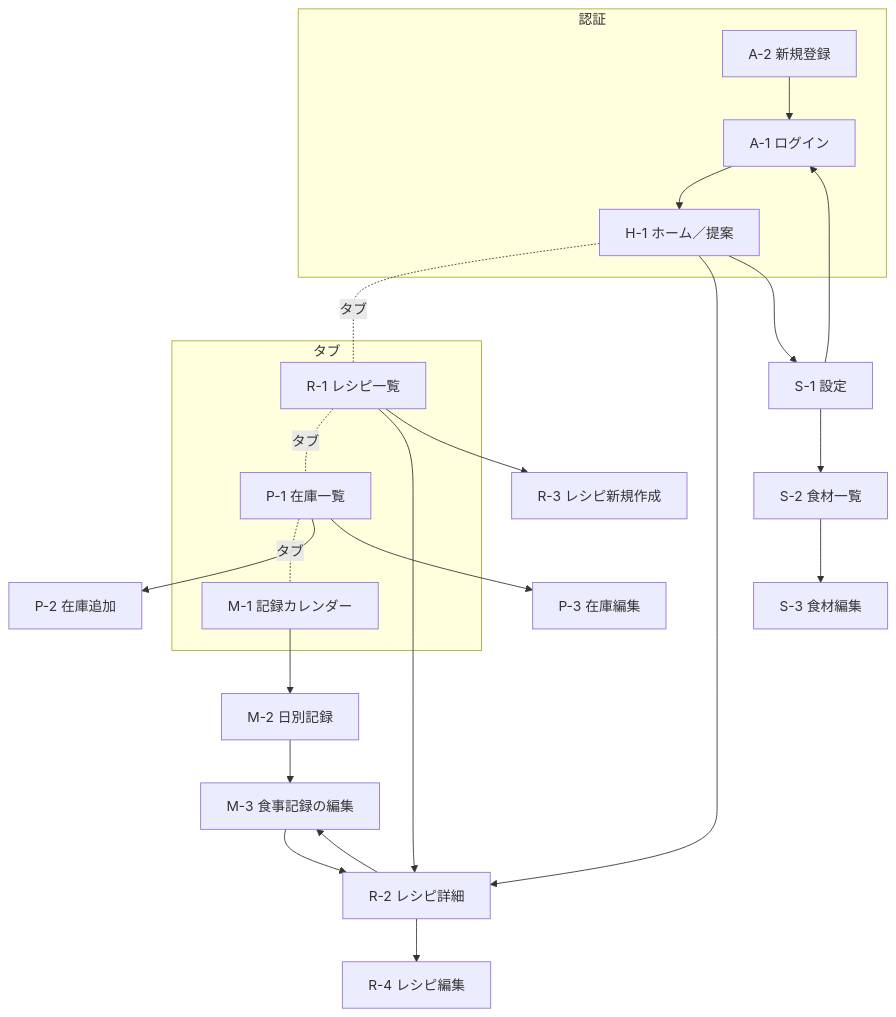
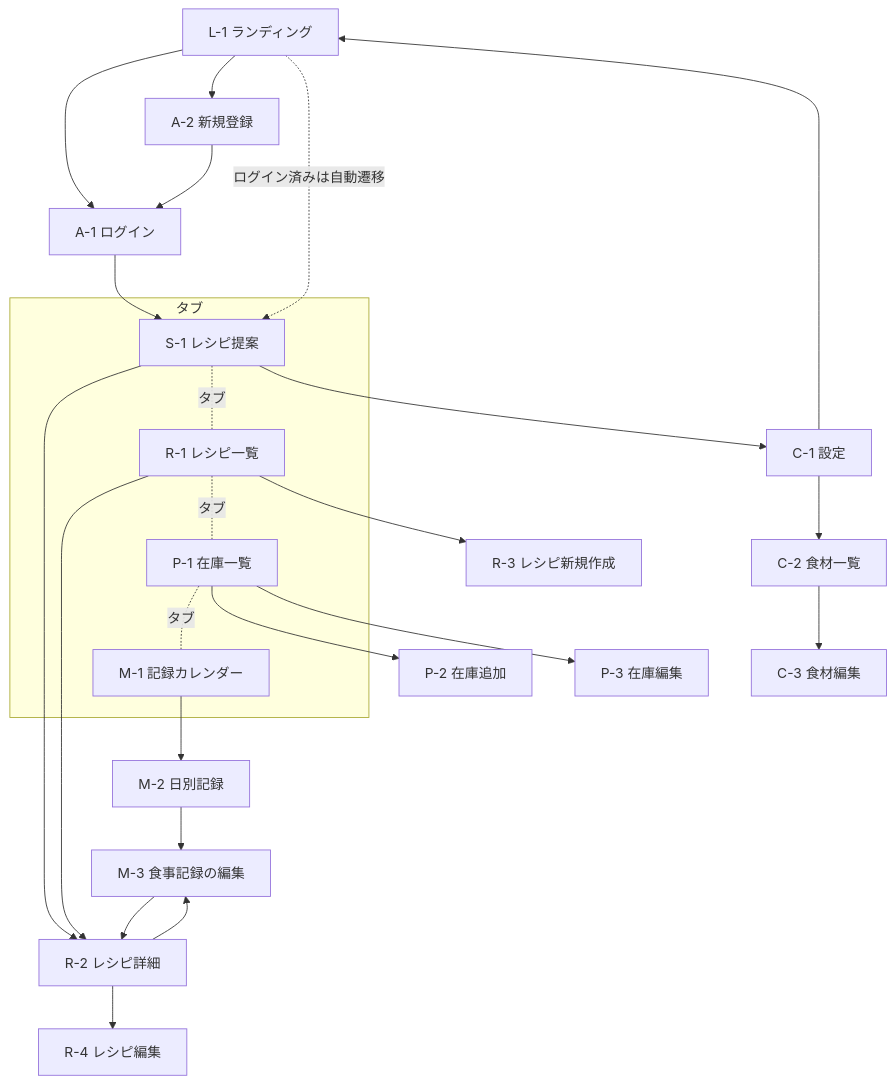
The diagram in docs/design/sitemap.md (nao-oan/CookingManager), drawn with Mermaid before and after one commit. The commit also changed other lines of this file, not shown here.

````diff
--- a/docs/design/sitemap.md
+++ b/docs/design/sitemap.md
@@ -129,36 +158,37 @@
 ```mermaid
 graph TD
-    subgraph 認証
-        A2[A-2 新規登録] --> A1[A-1 ログイン]
-        A1 --> H1
-    end
+    L1[L-1 ランディング] --> A2[A-2 新規登録]
+    L1 --> A1[A-1 ログイン]
+    A2 --> A1
+    A1 --> S1
+    L1 -. ログイン済みは自動遷移 .-> S1
 
     subgraph タブ
-        H1[H-1 ホーム／提案]
+        S1[S-1 レシピ提案]
         R1[R-1 レシピ一覧]
         P1[P-1 在庫一覧]
         M1[M-1 記録カレンダー]
     end
 
-    H1 -.タブ.- R1
+    S1 -.タブ.- R1
     R1 -.タブ.- P1
     P1 -.タブ.- M1
 
-    H1 --> R2[R-2 レシピ詳細]
+    S1 --> R2[R-2 レシピ詳細]
     R1 --> R2
     R1 --> R3[R-3 レシピ新規作成]
     R2 --> R4[R-4 レシピ編集]
     R2 --> M3
 
     P1 --> P2[P-2 在庫追加]
     P1 --> P3[P-3 在庫編集]
 
     M1 --> M2[M-2 日別記録]
     M2 --> M3[M-3 食事記録の編集]
     M3 --> R2
 
-    H1 --> S1[S-1 設定]
-    S1 --> S2[S-2 食材一覧]
-    S2 --> S3[S-3 食材編集]
-    S1 --> A1
+    S1 --> C1[C-1 設定]
+    C1 --> C2[C-2 食材一覧]
+    C2 --> C3[C-3 食材編集]
+    C1 --> L1
 ```
````
